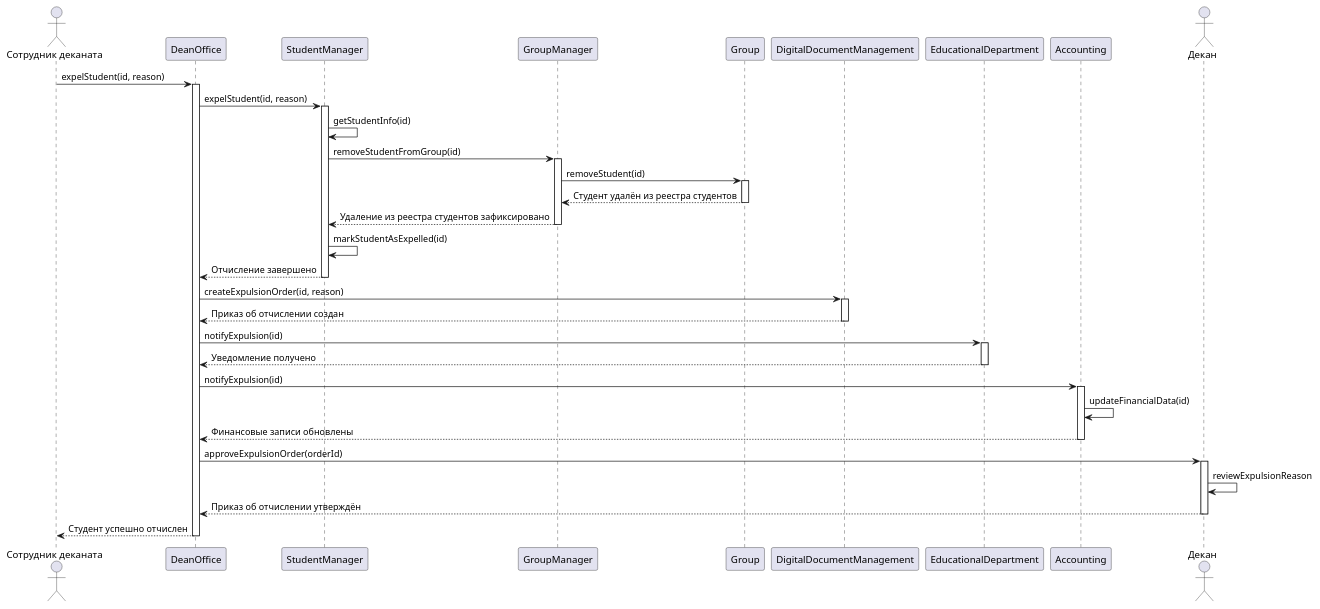
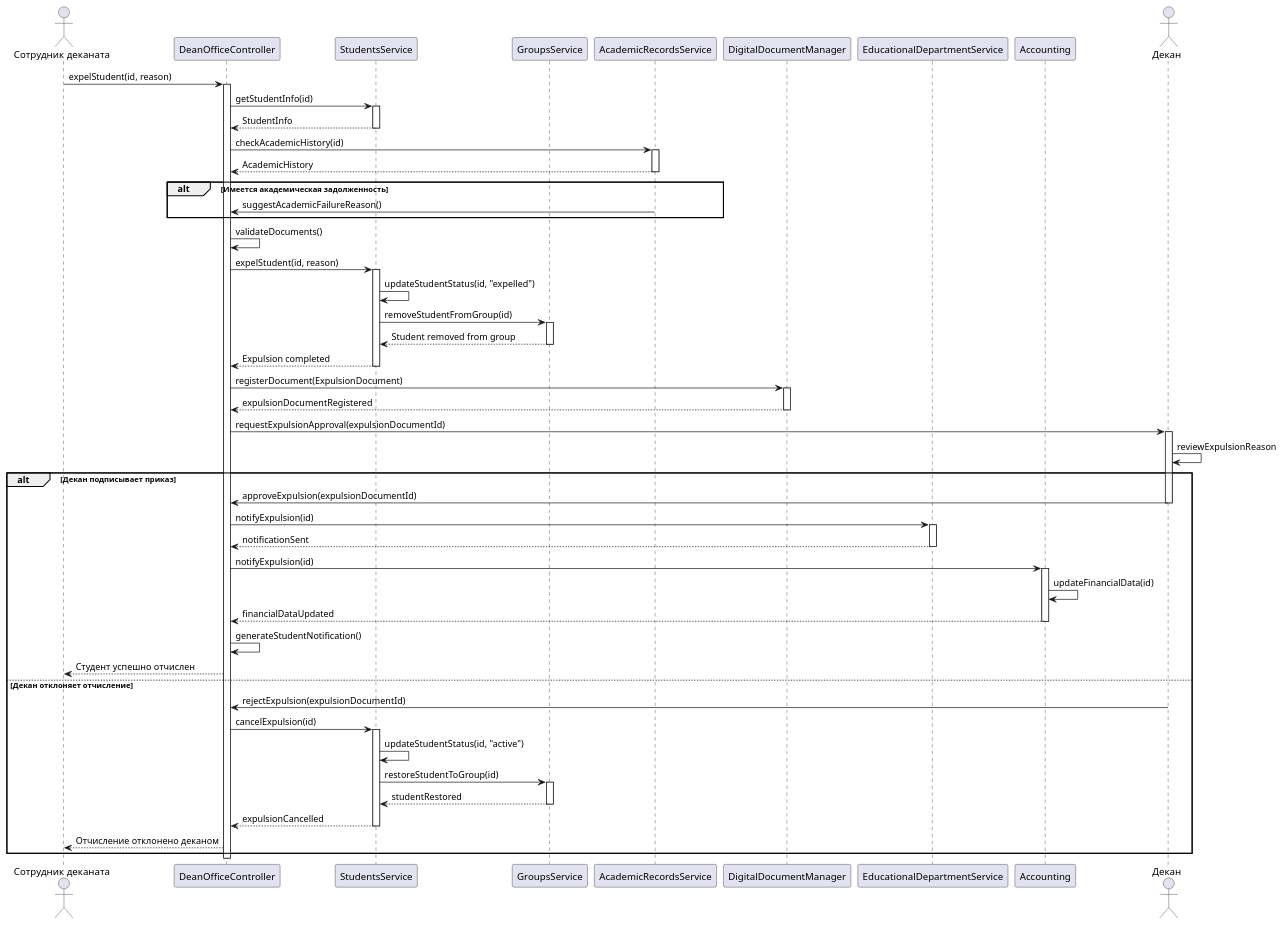
The diagram in Диаграмма последовательности Отчисление студента.md (penamarth/bsbo-01-23_team3_var4_dekanat), drawn with PlantUML before and after one commit.

Commit message:
Update Диаграмма последовательности Отчисление студента.md

````diff
--- a/Диаграмма последовательности Отчисление студента.md
+++ b/Диаграмма последовательности Отчисление студента.md
@@ -1,61 +1,94 @@
 ```plantuml
 @startuml
 actor "Сотрудник деканата" as DeanWorker
-participant "DeanOffice" as DO
-participant "StudentManager" as SM
-participant "GroupManager" as GM
-participant "Group" as G
-participant "DigitalDocumentManagement" as DDM
-participant "EducationalDepartment" as ED
+participant "DeanOfficeController" as DO
+participant "StudentsService" as SS
+participant "GroupsService" as GS
+participant "AcademicRecordsService" as ARS
+participant "DigitalDocumentManager" as DDM
+participant "EducationalDepartmentService" as EDS
 participant "Accounting" as ACC
 actor "Декан" as Dean
 
 DeanWorker -> DO: expelStudent(id, reason)
 activate DO
 
-DO -> SM: expelStudent(id, reason)
-activate SM
+DO -> SS: getStudentInfo(id)
+activate SS
+SS --> DO: StudentInfo
+deactivate SS
 
-SM -> SM: getStudentInfo(id)
-SM -> GM: removeStudentFromGroup(id)
-activate GM
+DO -> ARS: checkAcademicHistory(id)
+activate ARS
+ARS --> DO: AcademicHistory
+deactivate ARS
 
-GM -> G: removeStudent(id)
-activate G
-G --> GM: Студент удалён из реестра студентов
-deactivate G
+alt Имеется академическая задолженность
+    ARS -> DO: suggestAcademicFailureReason()
+end
 
-GM --> SM: Удаление из реестра студентов зафиксировано
-deactivate GM
+DO -> DO: validateDocuments()
 
-SM -> SM: markStudentAsExpelled(id)
+DO -> SS: expelStudent(id, reason)
+activate SS
 
-SM --> DO: Отчисление завершено
-deactivate SM
+SS -> SS: updateStudentStatus(id, "expelled")
 
-DO -> DDM: createExpulsionOrder(id, reason)
+SS -> GS: removeStudentFromGroup(id)
+activate GS
+GS --> SS: Student removed from group
+deactivate GS
+
+SS --> DO: Expulsion completed
+deactivate SS
+
+DO -> DDM: registerDocument(ExpulsionDocument)
 activate DDM
-DDM --> DO: Приказ об отчислении создан
+DDM --> DO: expulsionDocumentRegistered
 deactivate DDM
 
-DO -> ED: notifyExpulsion(id)
-activate ED
-ED --> DO: Уведомление получено
-deactivate ED
-
-DO -> ACC: notifyExpulsion(id)
-activate ACC
-ACC -> ACC: updateFinancialData(id)
-ACC --> DO: Финансовые записи обновлены
-deactivate ACC
-
-DO -> Dean: approveExpulsionOrder(orderId)
+DO -> Dean: requestExpulsionApproval(expulsionDocumentId)
 activate Dean
 Dean -> Dean: reviewExpulsionReason
-Dean --> DO: Приказ об отчислении утверждён
-deactivate Dean
 
-DO --> DeanWorker: Студент успешно отчислен
+alt Декан подписывает приказ
+    Dean -> DO: approveExpulsion(expulsionDocumentId)
+    deactivate Dean
+    
+    DO -> EDS: notifyExpulsion(id)
+    activate EDS
+    EDS --> DO: notificationSent
+    deactivate EDS
+    
+    DO -> ACC: notifyExpulsion(id)
+    activate ACC
+    ACC -> ACC: updateFinancialData(id)
+    ACC --> DO: financialDataUpdated
+    deactivate ACC
+    
+    DO -> DO: generateStudentNotification()
+    
+    DO --> DeanWorker: Студент успешно отчислен
+    
+else Декан отклоняет отчисление
+    Dean -> DO: rejectExpulsion(expulsionDocumentId)
+    deactivate Dean
+    
+    DO -> SS: cancelExpulsion(id)
+    activate SS
+    SS -> SS: updateStudentStatus(id, "active")
+    
+    SS -> GS: restoreStudentToGroup(id)
+    activate GS
+    GS --> SS: studentRestored
+    deactivate GS
+    
+    SS --> DO: expulsionCancelled
+    deactivate SS
+    
+    DO --> DeanWorker: Отчисление отклонено деканом
+end
+
 deactivate DO
 @enduml
 ```
````
